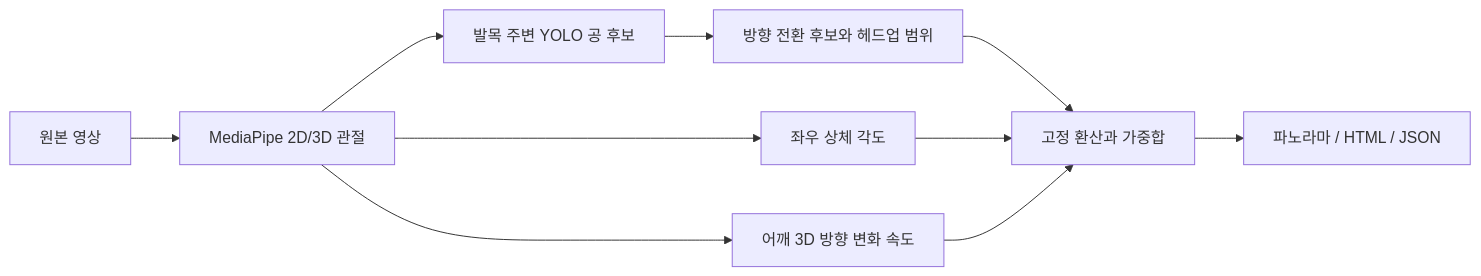
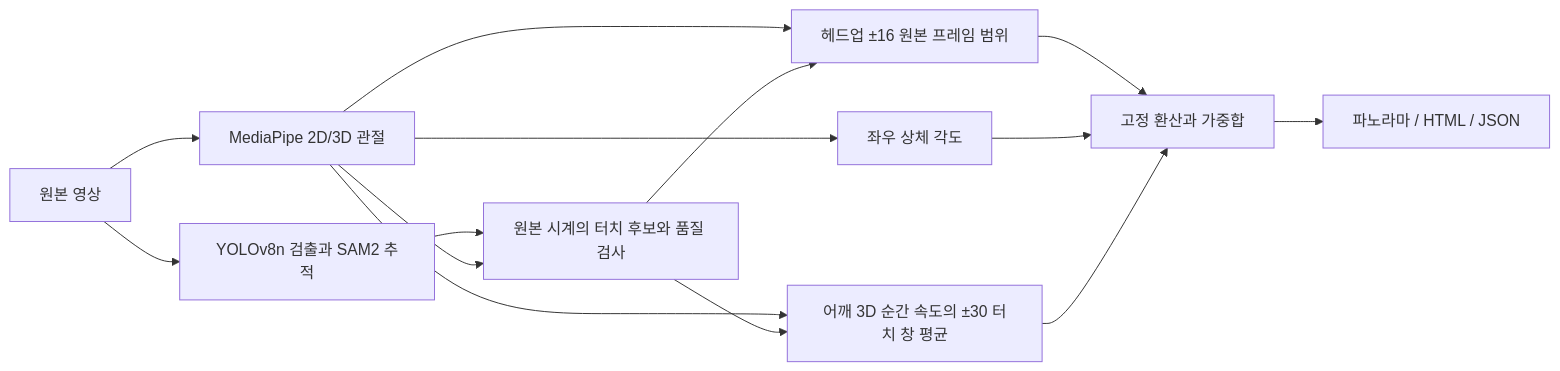
One commit to jiwoo1105/soccer_motion_analysis changed the diagram in docs/methods.md. Above: the diagram before and after it, drawn with Mermaid. The commit also changed other lines of this file and 48 other files, not shown here.

````diff
--- a/docs/methods.md
+++ b/docs/methods.md
@@ -7,12 +7,16 @@
 ```mermaid
 flowchart LR
   A[원본 영상] --> B[MediaPipe 2D/3D 관절]
-  B --> C[발목 주변 YOLO 공 후보]
-  C --> D[방향 전환 후보와 헤드업 범위]
+  A --> C[YOLOv8n 검출과 SAM2 추적]
+  C --> D[원본 시계의 터치 후보와 품질 검사]
+  B --> D
+  B --> I[헤드업 ±16 원본 프레임 범위]
+  D --> I
   B --> E[좌우 상체 각도]
-  B --> F[어깨 3D 방향 변화 속도]
-  D --> G[고정 환산과 가중합]
+  B --> F[어깨 3D 순간 속도의 ±30 터치 창 평균]
+  D --> F
+  I --> G[고정 환산과 가중합]
   E --> G
   F --> G
   G --> H[파노라마 / HTML / JSON]
 ```
````
